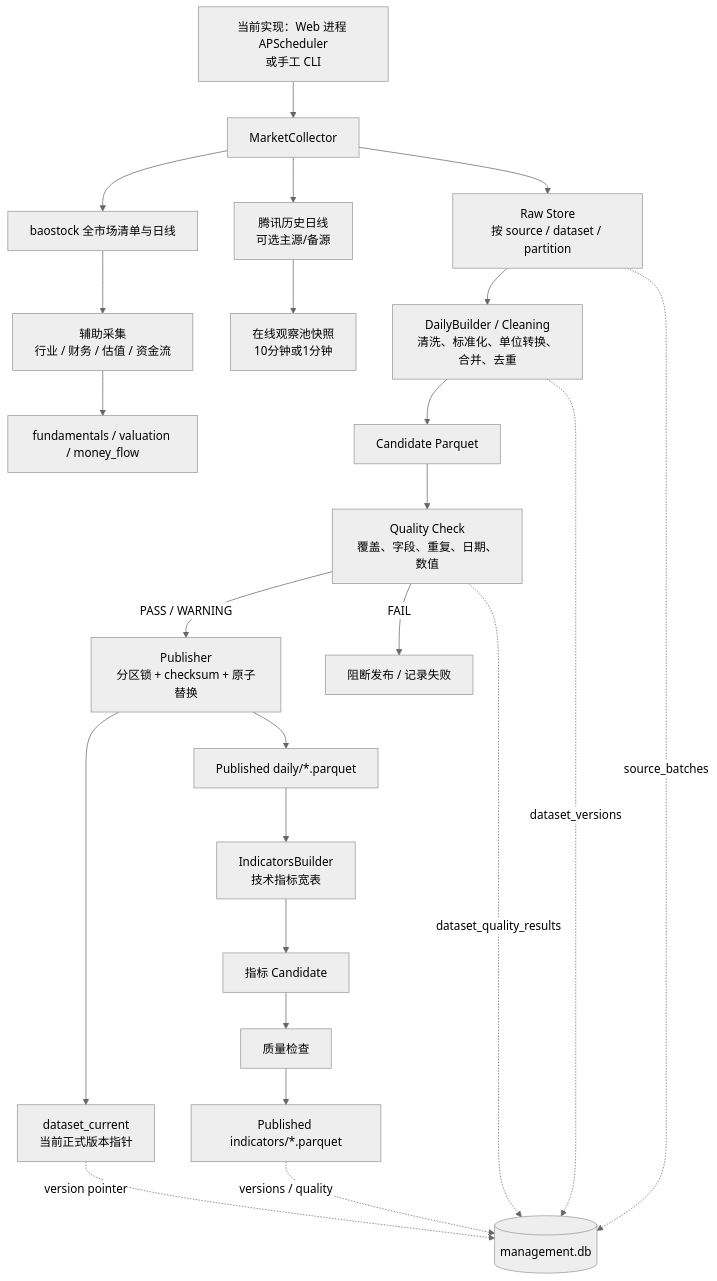
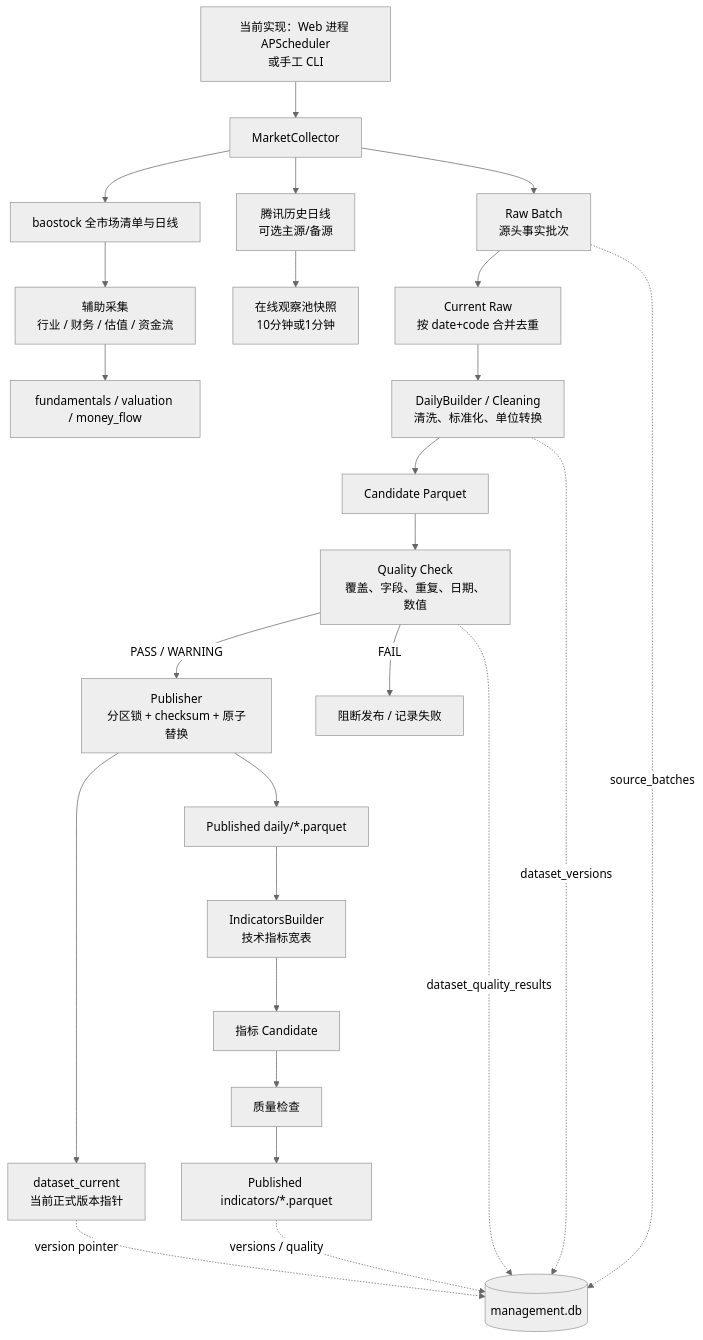
One commit to fewhg3yhjt/stock-data-analyse changed the fourth of 8 diagrams in docs/CURRENT_ARCHITECTURE.md. Above: the diagram before and after it, drawn with Mermaid (neutral theme). The commit also changed other lines of this file and 8 other files, not shown here.

Commit message:
feat(data): maintain deduplicated current raw

````diff
--- a/docs/CURRENT_ARCHITECTURE.md
+++ b/docs/CURRENT_ARCHITECTURE.md
@@ -196,28 +196,29 @@
 ```mermaid
 flowchart TB
     SCHED[当前实现：Web 进程 APScheduler\n或手工 CLI] --> COLLECT[MarketCollector]
     COLLECT --> BS[baostock 全市场清单与日线]
     COLLECT --> TX[腾讯历史日线\n可选主源/备源]
-    COLLECT --> RAW[Raw Store\n按 source / dataset / partition]
-    RAW --> BUILD[DailyBuilder / Cleaning\n清洗、标准化、单位转换、合并、去重]
+    COLLECT --> RAW[Raw Batch\n源头事实批次]
+    RAW --> EFFECTIVE[Current Raw\n按 date+code 合并去重]
+    EFFECTIVE --> BUILD[DailyBuilder / Cleaning\n清洗、标准化、单位转换]
     BUILD --> CAND[Candidate Parquet]
     CAND --> QUALITY[Quality Check\n覆盖、字段、重复、日期、数值]
     QUALITY -->|PASS / WARNING| PUBLISH[Publisher\n分区锁 + checksum + 原子替换]
     QUALITY -->|FAIL| BLOCK[阻断发布 / 记录失败]
     PUBLISH --> CURRENT[dataset_current\n当前正式版本指针]
     PUBLISH --> DAILY[Published daily/*.parquet]
     DAILY --> FACTOR[IndicatorsBuilder\n技术指标宽表]
     FACTOR --> ICAND[指标 Candidate]
     ICAND --> IQ[质量检查]
     IQ --> IPUB[Published indicators/*.parquet]
     BS --> AUX[辅助采集\n行业 / 财务 / 估值 / 资金流]
     TX --> ONLINE[在线观察池快照\n10分钟或1分钟]
     AUX --> AUXFILE[fundamentals / valuation / money_flow]
 
     META[(management.db)]
     RAW -. source_batches .-> META
     BUILD -. dataset_versions .-> META
     QUALITY -. dataset_quality_results .-> META
     CURRENT -. version pointer .-> META
     IPUB -. versions / quality .-> META
 ```
````
